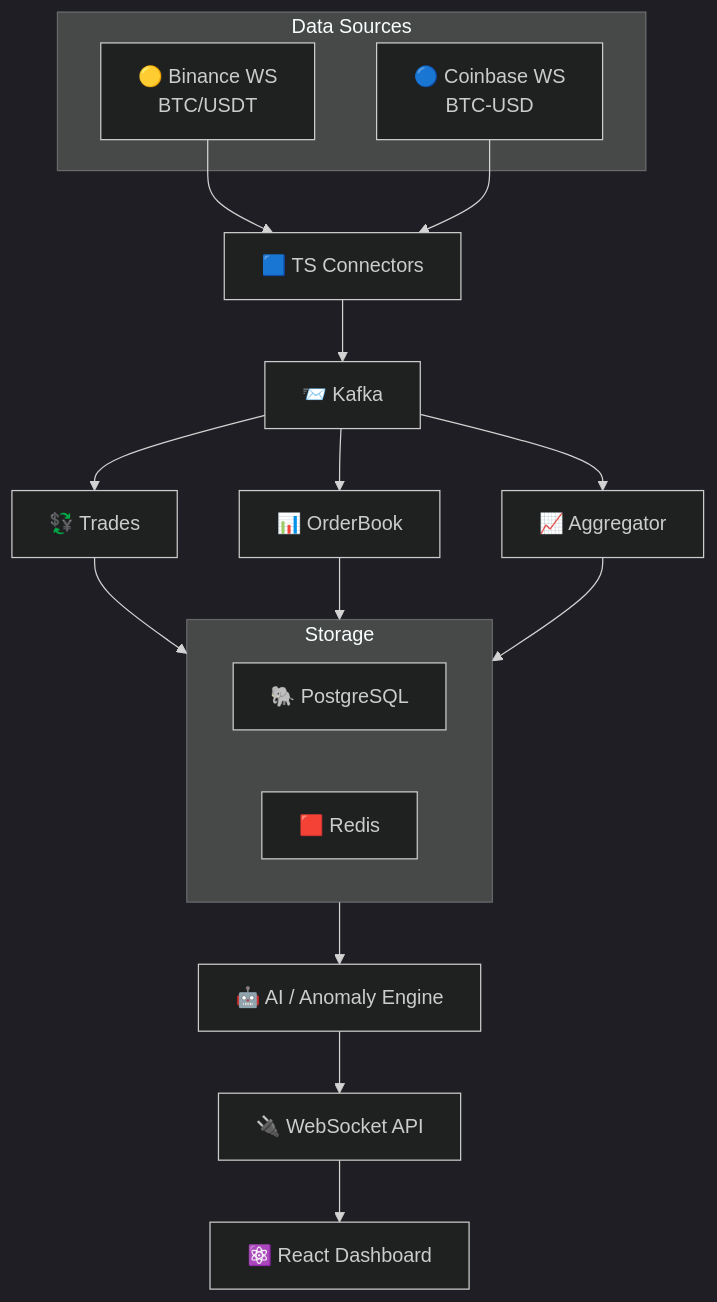
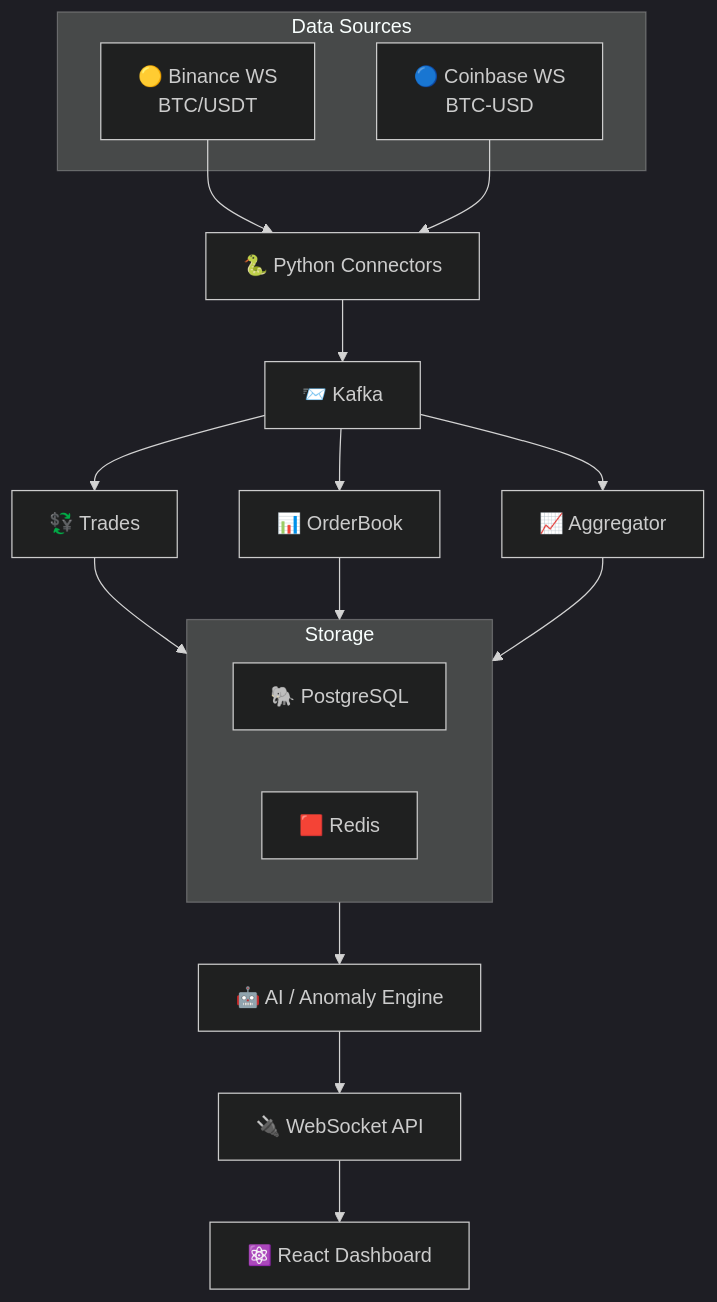
Before and after one commit to alexandre-do/crypto-pulse-websocket: the diagram in README.md, drawn with Mermaid (dark theme). The commit also changed other lines of this file and 1 other file, not shown here.

Commit message:
Update document readme

````diff
--- a/README.md
+++ b/README.md
@@ -7,29 +7,29 @@
 ```mermaid
 flowchart TD
     subgraph SRC["Data Sources"]
         BIN["🟡 Binance WS<br/>BTC/USDT"]
         CB["🔵 Coinbase WS<br/>BTC-USD"]
     end
 
-    BIN --> TS["🟦 TS Connectors"]
-    CB --> TS
+    BIN --> PY["🐍 Python Connectors"]
+    CB --> PY
 
-    TS --> KAFKA["📨 Kafka"]
+    PY --> KAFKA["📨 Kafka"]
 
     KAFKA --> TRADES["💱 Trades"]
     KAFKA --> OB["📊 OrderBook"]
     KAFKA --> AGG["📈 Aggregator"]
 
     subgraph STORE["Storage"]
         PG["🐘 PostgreSQL"]
         REDIS["🟥 Redis"]
     end
 
     TRADES --> STORE
     OB --> STORE
     AGG --> STORE
 
     STORE --> AI["🤖 AI / Anomaly Engine"]
     AI --> WSAPI["🔌 WebSocket API"]
     WSAPI --> DASH["⚛️ React Dashboard"]
 ```
````
